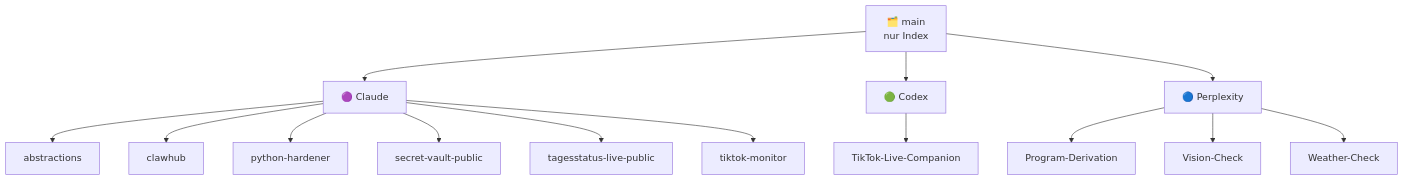
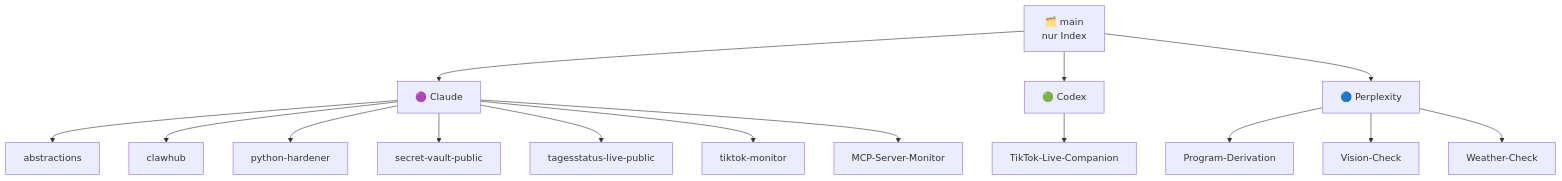
The diagram in README.md (KikiKari/Projects), drawn with Mermaid before and after one commit. The commit also changed other lines of this file, not shown here.

Commit message:
Index: MCP-Server-Monitor aufgenommen

````diff
--- a/README.md
+++ b/README.md
@@ -28,20 +28,21 @@
 ```mermaid
 flowchart TD
     MAIN["🗂️ main<br/>nur Index"]
     MAIN --> CL["🟣 Claude"]
     MAIN --> CX["🟢 Codex"]
     MAIN --> PX["🔵 Perplexity"]
 
     CL --> A["abstractions"]
     CL --> B["clawhub"]
     CL --> C["python-hardener"]
     CL --> D["secret-vault-public"]
     CL --> E["tagesstatus-live-public"]
     CL --> F["tiktok-monitor"]
+    CL --> K["MCP-Server-Monitor"]
 
     CX --> J["TikTok-Live-Companion"]
 
     PX --> G["Program-Derivation"]
     PX --> H["Vision-Check"]
     PX --> I["Weather-Check"]
 ```
````
